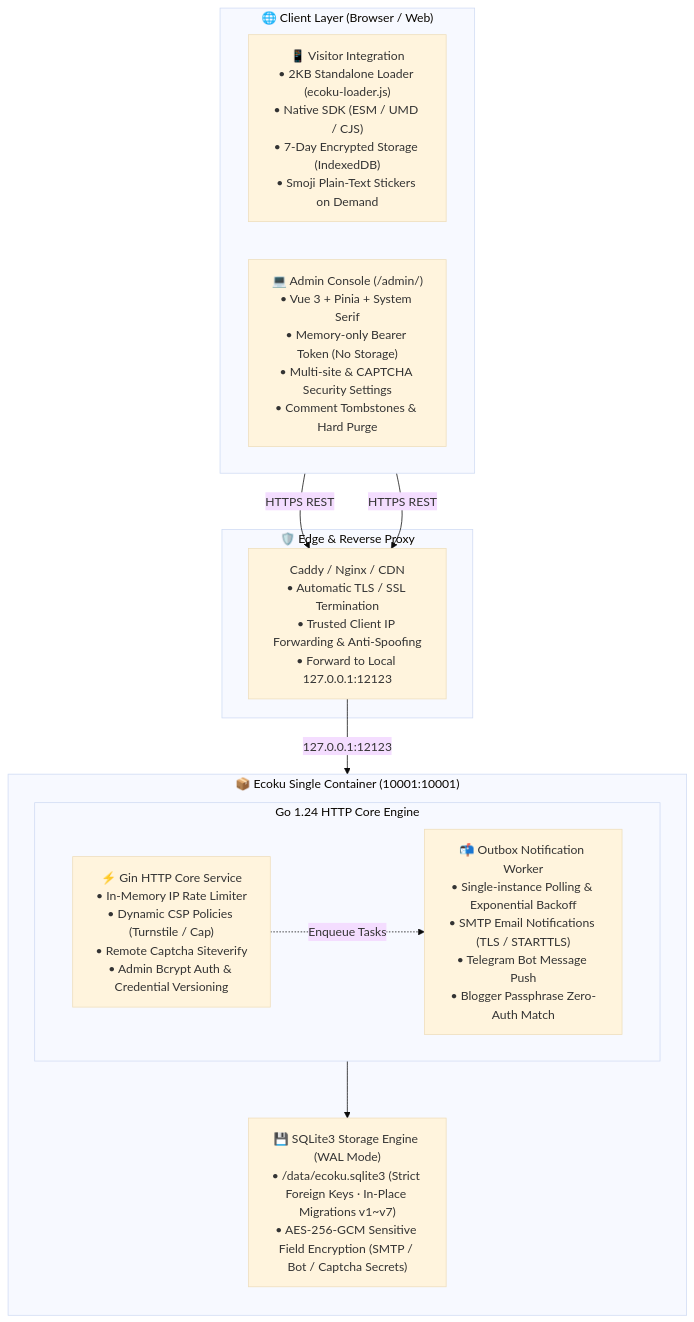
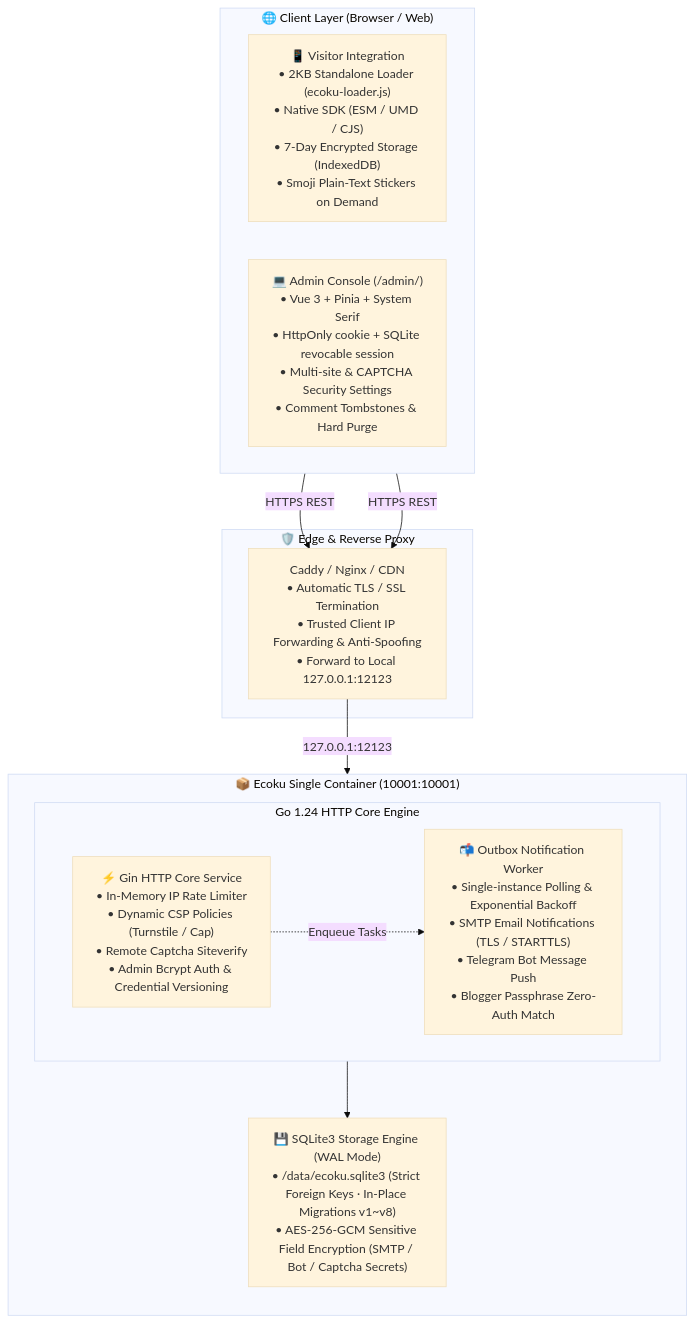
Before and after one commit to DejavuMoe/Ecoku: the diagram in docs/en/guide/introduction.md, drawn with Mermaid (base theme). The commit also changed other lines of this file and 76 other files, not shown here.

First line of the commit message:
fix(security): add revocable admin sessions and prepare v0.2.4

````diff
--- a/docs/en/guide/introduction.md
+++ b/docs/en/guide/introduction.md
@@ -21,28 +21,28 @@
 ```mermaid
 flowchart TD
     subgraph Client["🌐 Client Layer (Browser / Web)"]
         direction LR
         Visitor["📱 Visitor Integration<br/>• 2KB Standalone Loader (ecoku-loader.js)<br/>• Native SDK (ESM / UMD / CJS)<br/>• 7-Day Encrypted Storage (IndexedDB)<br/>• Smoji Plain-Text Stickers on Demand"]
-        Admin["💻 Admin Console (/admin/)<br/>• Vue 3 + Pinia + System Serif<br/>• Memory-only Bearer Token (No Storage)<br/>• Multi-site & CAPTCHA Security Settings<br/>• Comment Tombstones & Hard Purge"]
+        Admin["💻 Admin Console (/admin/)<br/>• Vue 3 + Pinia + System Serif<br/>• HttpOnly cookie + SQLite revocable session<br/>• Multi-site & CAPTCHA Security Settings<br/>• Comment Tombstones & Hard Purge"]
     end
 
     subgraph Edge["🛡️ Edge & Reverse Proxy"]
         Proxy["Caddy / Nginx / CDN<br/>• Automatic TLS / SSL Termination<br/>• Trusted Client IP Forwarding & Anti-Spoofing<br/>• Forward to Local 127.0.0.1:12123"]
     end
 
     subgraph Runtime["📦 Ecoku Single Container (10001:10001)"]
         direction TB
         subgraph Core["Go 1.24 HTTP Core Engine"]
             direction LR
             Engine["⚡ Gin HTTP Core Service<br/>• In-Memory IP Rate Limiter<br/>• Dynamic CSP Policies (Turnstile / Cap)<br/>• Remote Captcha Siteverify<br/>• Admin Bcrypt Auth & Credential Versioning"]
             Outbox["📬 Outbox Notification Worker<br/>• Single-instance Polling & Exponential Backoff<br/>• SMTP Email Notifications (TLS / STARTTLS)<br/>• Telegram Bot Message Push<br/>• Blogger Passphrase Zero-Auth Match"]
         end
-        Storage["💾 SQLite3 Storage Engine (WAL Mode)<br/>• /data/ecoku.sqlite3 (Strict Foreign Keys · In-Place Migrations v1~v7)<br/>• AES-256-GCM Sensitive Field Encryption (SMTP / Bot / Captcha Secrets)"]
+        Storage["💾 SQLite3 Storage Engine (WAL Mode)<br/>• /data/ecoku.sqlite3 (Strict Foreign Keys · In-Place Migrations v1~v8)<br/>• AES-256-GCM Sensitive Field Encryption (SMTP / Bot / Captcha Secrets)"]
         Core --> Storage
     end
 
     Visitor -->|HTTPS REST| Proxy
     Admin -->|HTTPS REST| Proxy
     Proxy -->|127.0.0.1:12123| Engine
     Engine -.->|Enqueue Tasks| Outbox
 ```
````
